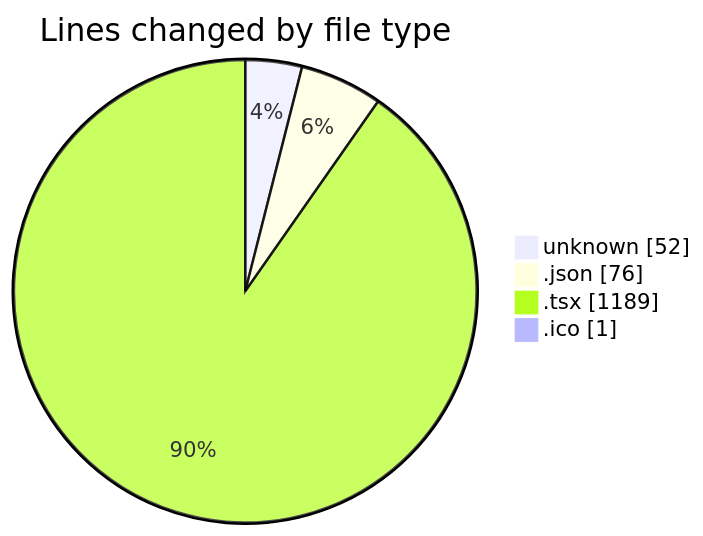
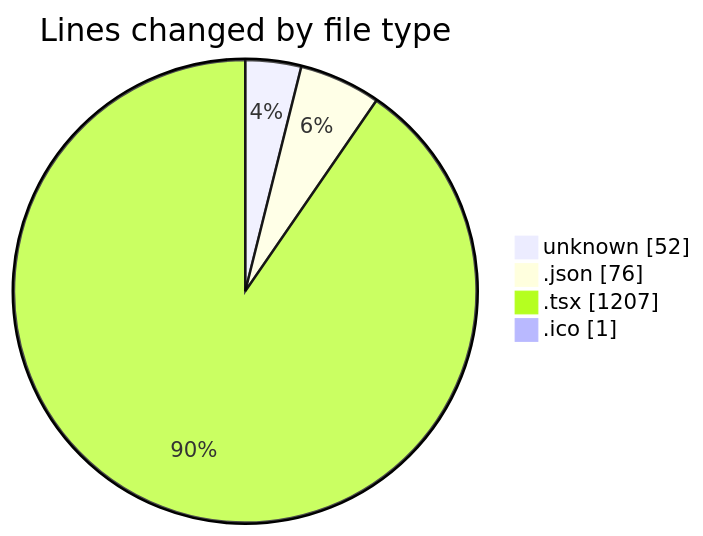
Before and after one commit to JenPaints/code-tracking: the first of 2 diagrams in 2025-06-28/navtech/README.md, drawn with Mermaid. The commit also changed other lines of this file and 1 other file, not shown here.

````diff
--- a/2025-06-28/navtech/README.md
+++ b/2025-06-28/navtech/README.md
@@ -28,8 +28,8 @@
 ```mermaid
 pie showData
 title Lines changed by file type
 "unknown" : 52
 ".json" : 76
-".tsx" : 1189
+".tsx" : 1207
 ".ico" : 1
 ```
````
